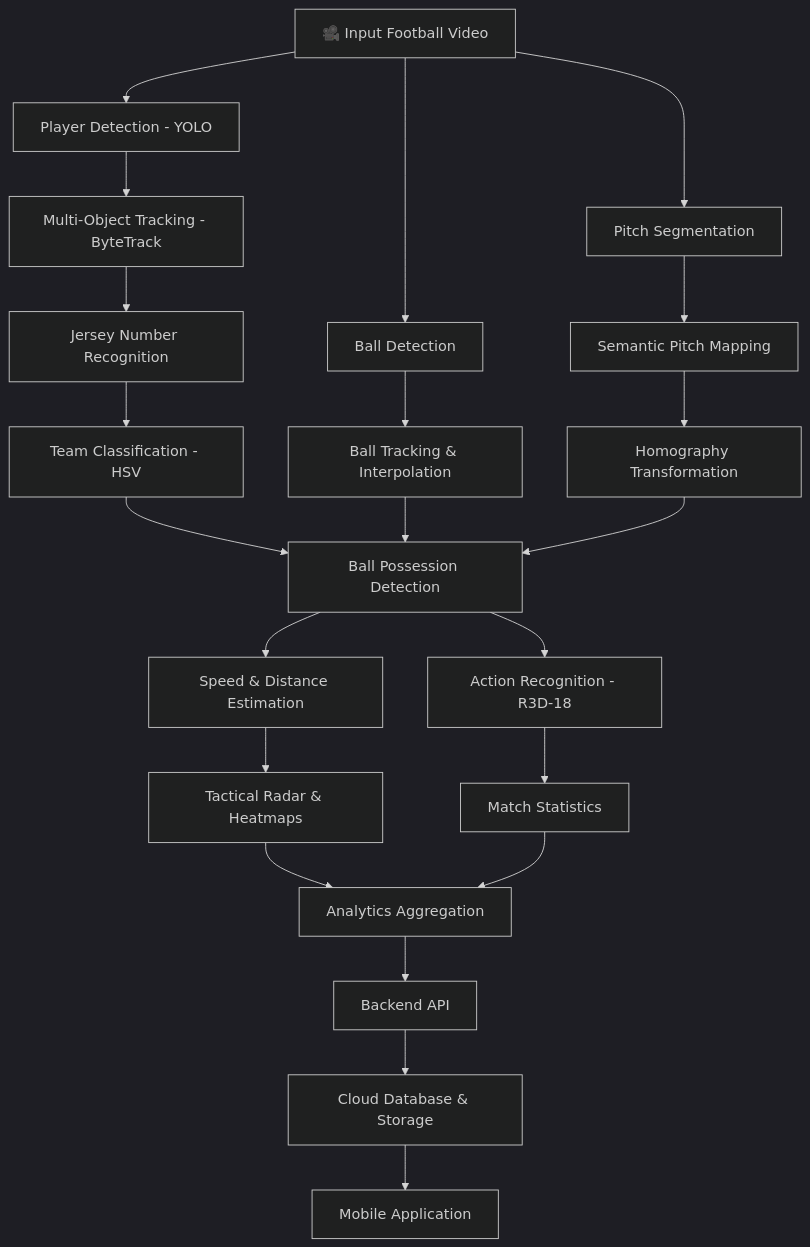
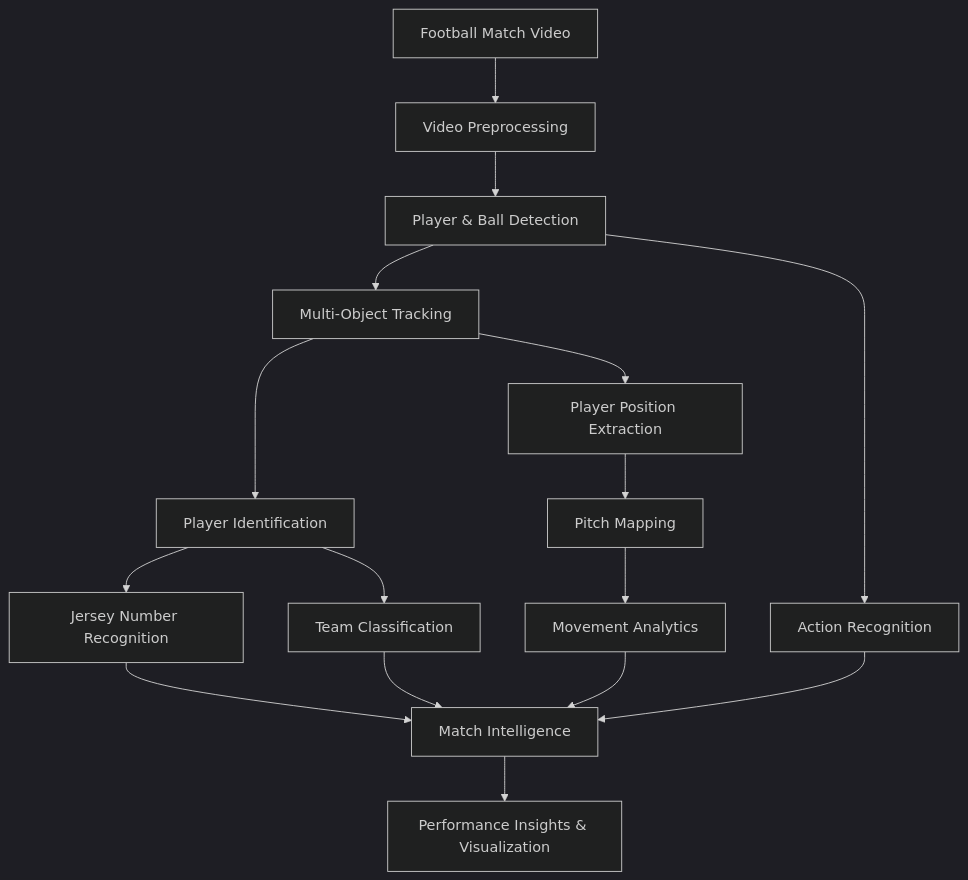
Before and after one commit to nabilamir1/AI-Football-Analysis: the diagram in README.md, drawn with Mermaid (dark theme). The commit also changed other lines of this file, not shown here.

````diff
--- a/README.md
+++ b/README.md
@@ -111,31 +140,18 @@
 ```mermaid
 flowchart TD
-    A["🎥 Input Football Video"] --> B["Player Detection - YOLO"]
-    A --> C["Ball Detection"]
-    A --> D["Pitch Segmentation"]
-
-    B --> E["Multi-Object Tracking - ByteTrack"]
-    E --> F["Jersey Number Recognition"]
-    F --> G["Team Classification - HSV"]
-
-    C --> H["Ball Tracking & Interpolation"]
-    D --> I["Semantic Pitch Mapping"]
-    I --> J["Homography Transformation"]
-
-    G --> K["Ball Possession Detection"]
-    H --> K
-    J --> K
-
-    K --> L["Action Recognition - R3D-18"]
-    K --> M["Speed & Distance Estimation"]
-
-    M --> N["Tactical Radar & Heatmaps"]
-    L --> O["Match Statistics"]
-
-    N --> P["Analytics Aggregation"]
-    O --> P
-
-    P --> Q["Backend API"]
-    Q --> R["Cloud Database & Storage"]
-    R --> S["Mobile Application"]
+    A[Football Match Video] --> B[Video Preprocessing]
+    B --> C[Player & Ball Detection]
+    C --> D[Multi-Object Tracking]
+    D --> E[Player Identification]
+    E --> F[Jersey Number Recognition]
+    E --> G[Team Classification]
+    D --> H[Player Position Extraction]
+    H --> I[Pitch Mapping]
+    I --> J[Movement Analytics]
+    C --> K[Action Recognition]
+    F --> L[Match Intelligence]
+    G --> L
+    J --> L
+    K --> L
+    L --> M[Performance Insights & Visualization]
 ```
````
